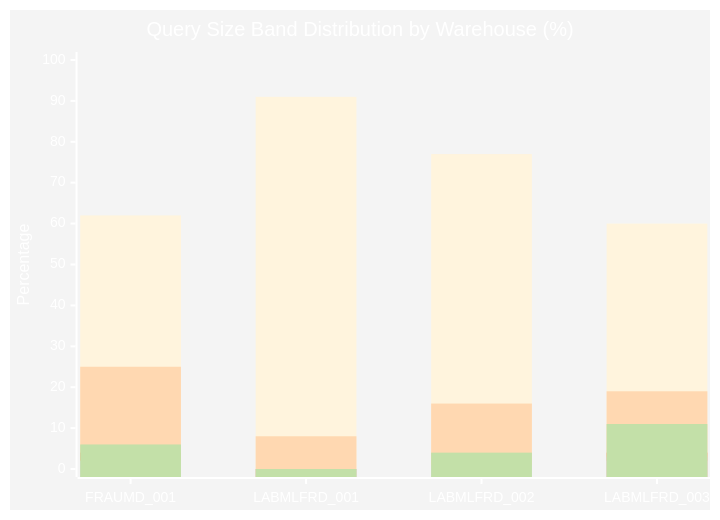
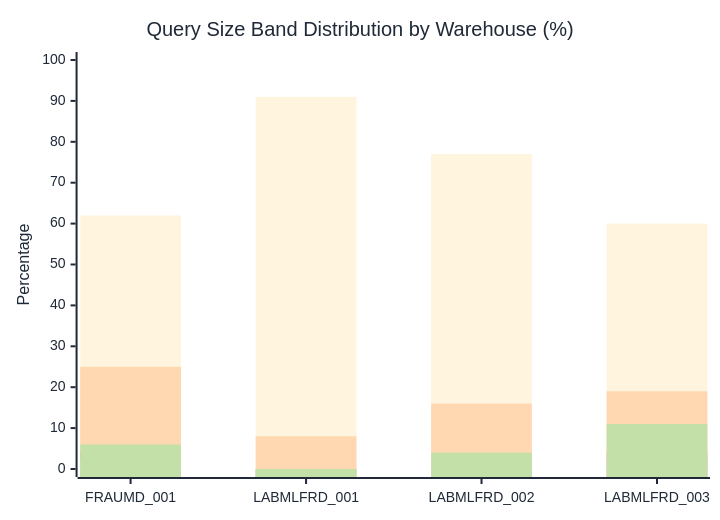
Before and after one commit to sfc-gh-mhindi/REPO_CBA: the second of 9 diagrams in WH Analysis/FRAUMD_Warehouse_Analysis_Guide.md, drawn with Mermaid. The commit also changed other lines of this file, not shown here.

First line of the commit message:
Improved chart colors for better white background readability

````diff
--- a/WH Analysis/FRAUMD_Warehouse_Analysis_Guide.md
+++ b/WH Analysis/FRAUMD_Warehouse_Analysis_Guide.md
@@ -100,13 +100,13 @@
 ```mermaid
-%%{init: {'theme':'base', 'themeVariables': { 'primaryColor': '#ff6b6b', 'primaryTextColor': '#fff', 'primaryBorderColor': '#7C0000', 'lineColor': '#F8B229', 'secondaryColor': '#006100', 'tertiaryColor': '#fff'}}}%%
+%%{init: {'theme':'base', 'themeVariables': { 'primaryColor': '#3b82f6', 'primaryTextColor': '#1f2937', 'primaryBorderColor': '#1d4ed8', 'lineColor': '#374151', 'secondaryColor': '#10b981', 'tertiaryColor': '#f8fafc', 'background': '#ffffff', 'fontFamily': 'Arial'}}}%%
 xychart-beta
     title "Query Size Band Distribution by Warehouse (%)"
     x-axis [FRAUMD_001, LABMLFRD_001, LABMLFRD_002, LABMLFRD_003]
     y-axis "Percentage" 0 --> 100
     bar "XS (<1GB)" [62, 91, 77, 60]
     bar "S (1-20GB)" [25, 8, 16, 19]
     bar "M (20-50GB)" [4, 0, 1, 4]
     bar "L (50-100GB)" [2, 0, 1, 2]
     bar "XL (100-250GB)" [2, 0, 1, 3]
     bar "2XL (>250GB)" [6, 0, 4, 11]
 ```
````
